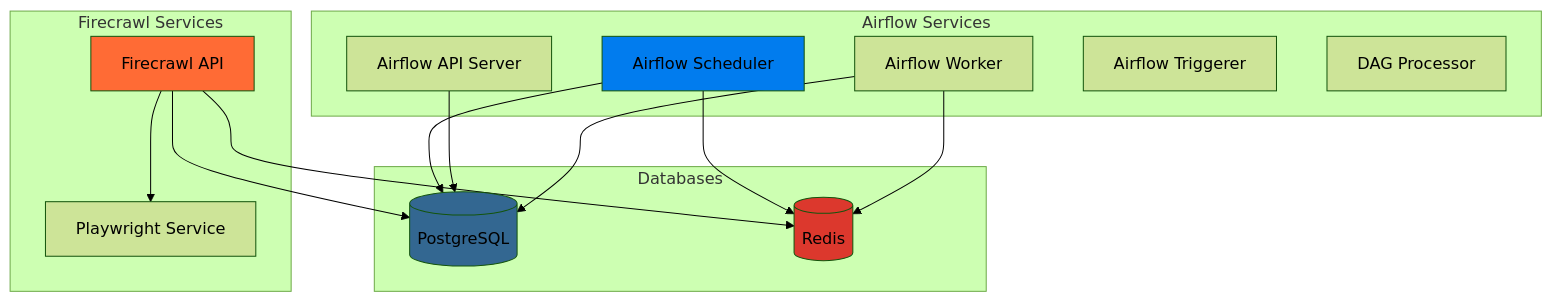
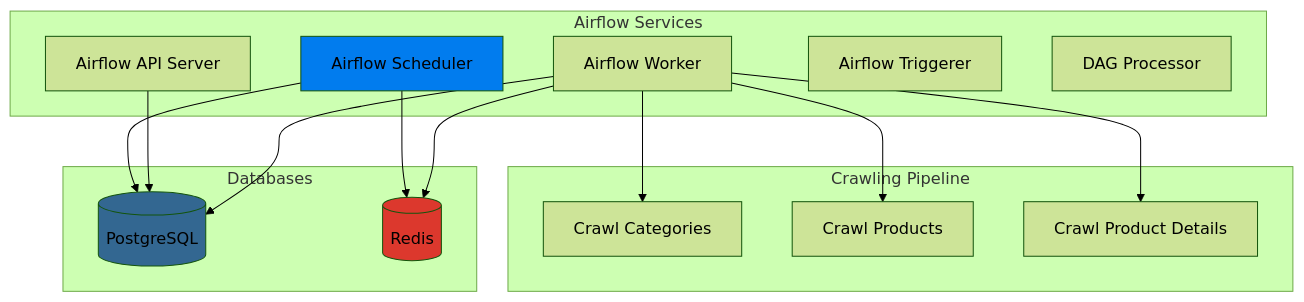
One commit to SeikoP/tiki-data-pipeline changed the diagram in README.md. Above: the diagram before and after it, drawn with Mermaid (forest theme). The commit also changed other lines of this file and 7 other files, not shown here.

Commit message:
Refactor docker-compose.yaml for Tiki Data Pipeline, consolidating services and updating environment variables. Enhance README.md with project introduction, features, and installation instructions. Add webdriver-manager dependency for automatic Chrome driver management in crawling scripts.

````diff
--- a/README.md
+++ b/README.md
@@ -183,34 +152,34 @@
 ```mermaid
 graph TB
     subgraph "Airflow Services"
         A[Airflow Scheduler]
         B[Airflow API Server]
         C[Airflow Worker]
         D[Airflow Triggerer]
         E[DAG Processor]
     end
     
-    subgraph "Firecrawl Services"
-        F[Firecrawl API]
-        G[Playwright Service]
+    subgraph "Databases"
+        F[(PostgreSQL)]
+        G[(Redis)]
     end
     
-    subgraph "Databases"
-        H[(PostgreSQL)]
-        I[(Redis)]
+    subgraph "Crawling Pipeline"
+        H[Crawl Categories]
+        I[Crawl Products]
+        J[Crawl Product Details]
     end
     
-    A --> H
-    A --> I
-    B --> H
+    A --> F
+    A --> G
+    B --> F
+    C --> G
+    C --> F
+    C --> H
     C --> I
-    C --> H
-    F --> I
-    F --> H
-    F --> G
+    C --> J
     
-    style H fill:#336791
-    style I fill:#DC382D
+    style F fill:#336791
+    style G fill:#DC382D
     style A fill:#017CEE
-    style F fill:#FF6B35
 ```
````
